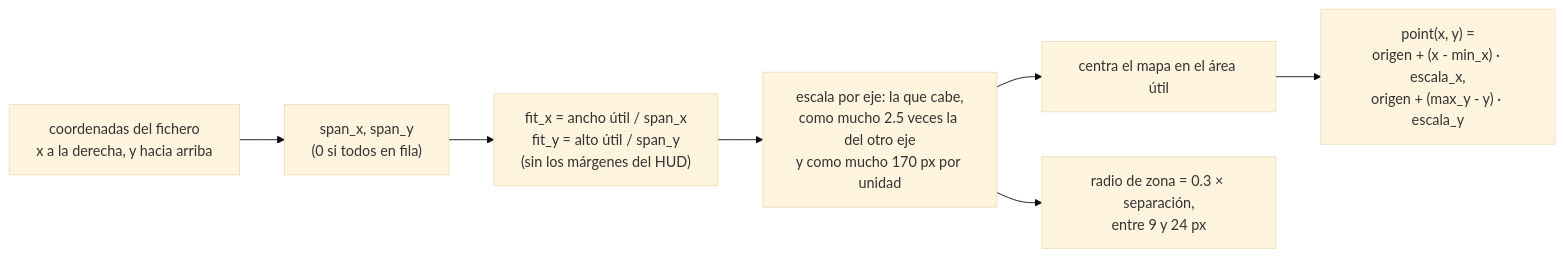
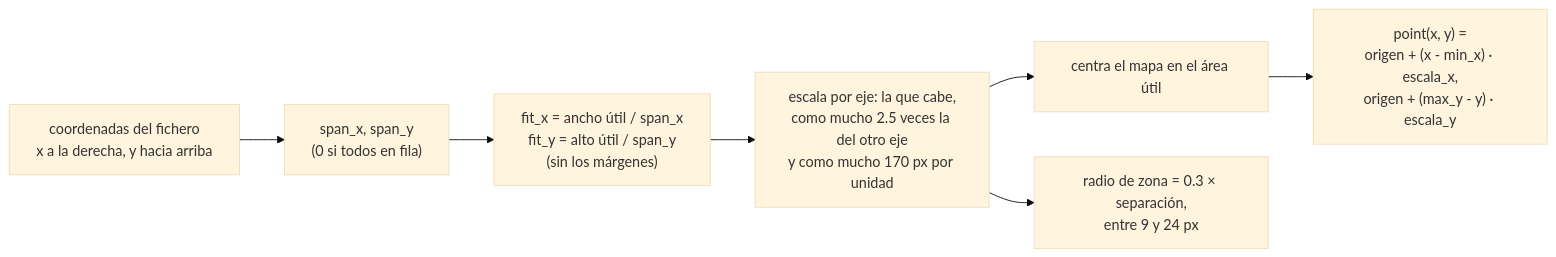
Before and after one commit to 0xARCOS/Fly-In: diagram 47 of 52 in docs/07-diagramas.md, drawn with Mermaid (base theme). The commit also changed other lines of this file and 33 other files, not shown here.

````diff
--- a/docs/07-diagramas.md
+++ b/docs/07-diagramas.md
@@ -1500,9 +1434,9 @@
 ```mermaid
 flowchart LR
     M["coordenadas del fichero<br/>x a la derecha, y hacia arriba"] --> SP["span_x, span_y<br/>(0 si todos en fila)"]
-    SP --> FIT["fit_x = ancho útil / span_x<br/>fit_y = alto útil / span_y<br/>(sin los márgenes del HUD)"]
+    SP --> FIT["fit_x = ancho útil / span_x<br/>fit_y = alto útil / span_y<br/>(sin los márgenes)"]
     FIT --> SC["escala por eje: la que cabe,<br/>como mucho 2.5 veces la del otro eje<br/>y como mucho 170 px por unidad"]
     SC --> CEN["centra el mapa en el área útil"]
     CEN --> PT["point(x, y) =<br/>origen + (x - min_x) · escala_x,<br/>origen + (max_y - y) · escala_y"]
     SC --> RAD["radio de zona = 0.3 × separación,<br/>entre 9 y 24 px"]
 ```
````
